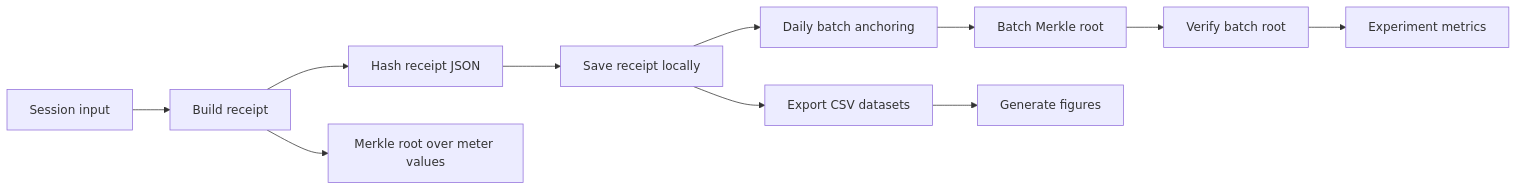
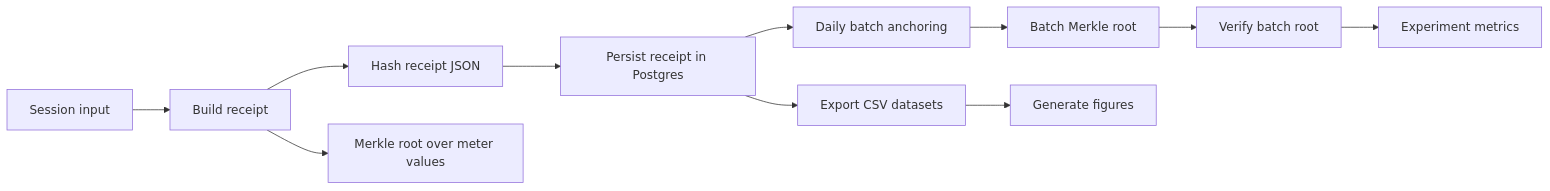
Before and after one commit to ErenisR/proof-of-charge: the first of 2 diagrams in README.md, drawn with Mermaid. The commit also changed other lines of this file and 41 other files, not shown here.

````diff
--- a/README.md
+++ b/README.md
@@ -55,13 +55,13 @@
 ```mermaid
 flowchart LR
   A[Session input] --> B[Build receipt]
   B --> C[Hash receipt JSON]
   B --> D[Merkle root over meter values]
-  C --> E[Save receipt locally]
+  C --> E[Persist receipt in Postgres]
   E --> F[Daily batch anchoring]
   F --> G[Batch Merkle root]
   G --> H[Verify batch root]
   E --> I[Export CSV datasets]
   I --> J[Generate figures]
   H --> K[Experiment metrics]
 ```
````
